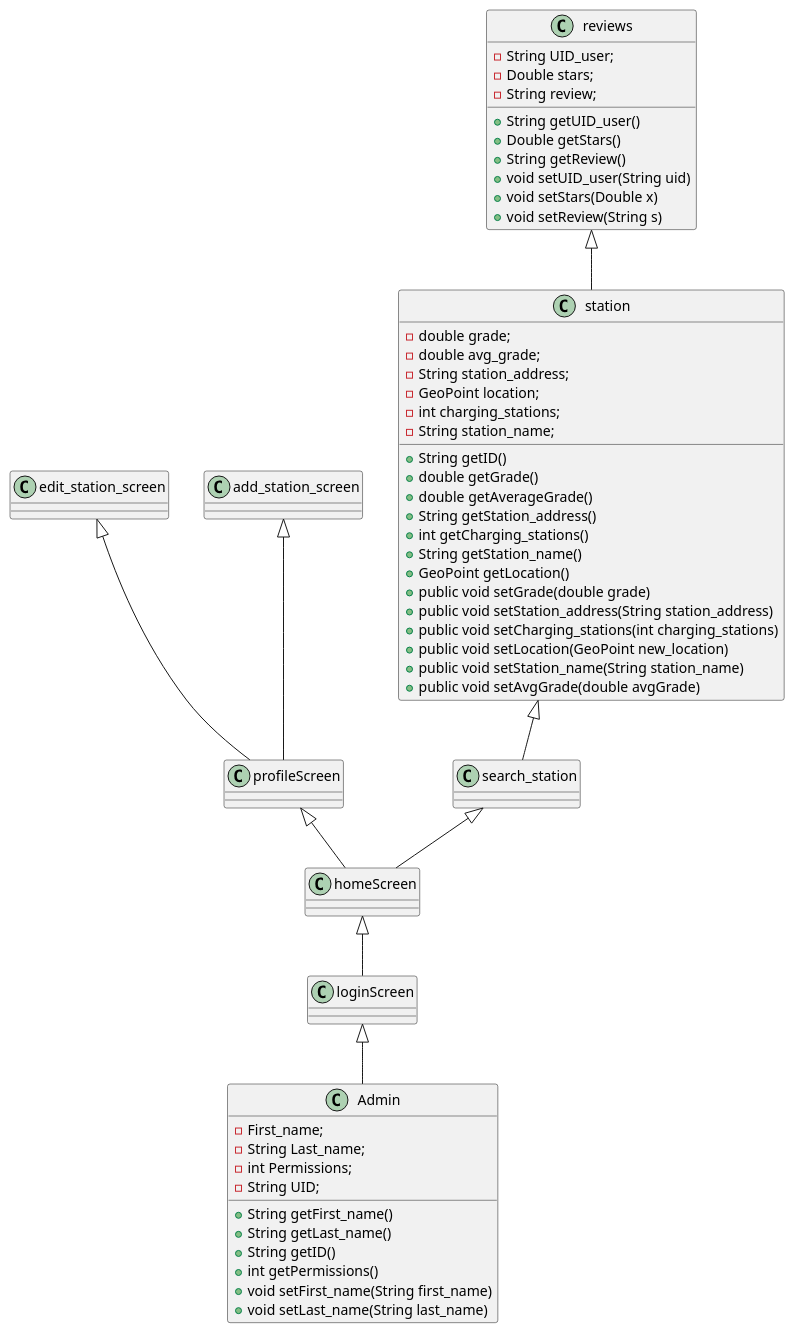
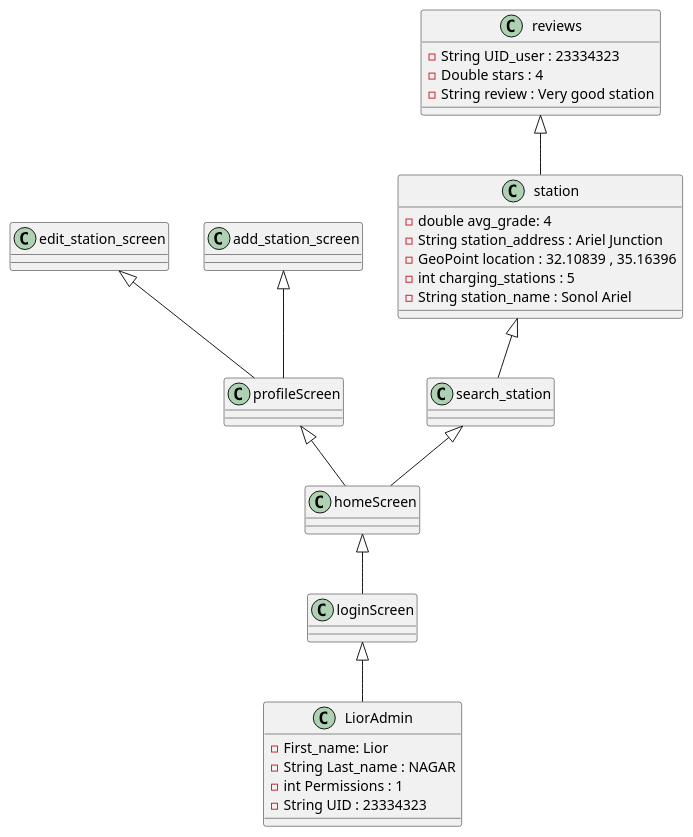
One commit to 20shaked20/EV-SC changed the diagram in app/src/androidTest/java/good_uml/obj_diagram_admin.puml. Above: the diagram before and after it, drawn with PlantUML. The commit also changed 1 other file, not shown here.

```diff
--- a/app/src/androidTest/java/good_uml/obj_diagram_admin.puml
+++ b/app/src/androidTest/java/good_uml/obj_diagram_admin.puml
@@ -1,80 +1,57 @@
 @startuml
 'https://plantuml.com/class-diagram
 
-class Admin {
--First_name;
--String Last_name;
--int Permissions;
--String UID;
-+ String getFirst_name()
-+ String getLast_name()
-+ String getID()
-+ int getPermissions()
-+void setFirst_name(String first_name)
-+void setLast_name(String last_name)
+class LiorAdmin {
+-First_name: Lior
+-String Last_name : NAGAR
+-int Permissions : 1
+-String UID : 23334323
+
 }
 
 class loginScreen {
 }
 
 class homeScreen {
 }
 
 class profileScreen {
 }
 
 
 class edit_station_screen {
 }
 
 class add_station_screen {
 }
 
 class search_station {
 }
 class station {
-- double grade;
--double avg_grade;
--String station_address;
--GeoPoint location;
--int charging_stations;
--String station_name;
-+ String getID()
-+ double getGrade()
-+ double getAverageGrade()
-+ String getStation_address()
-+ int getCharging_stations()
-+ String getStation_name()
-+ GeoPoint getLocation()
-+ public void setGrade(double grade)
-+ public void setStation_address(String station_address)
-+ public void setCharging_stations(int charging_stations)
-+ public void setLocation(GeoPoint new_location)
-+ public void setStation_name(String station_name)
-+ public void setAvgGrade(double avgGrade)
+-double avg_grade: 4
+-String station_address : Ariel Junction
+-GeoPoint location : 32.10839 , 35.16396
+-int charging_stations : 5
+-String station_name : Sonol Ariel
+
 
 }
 
 class reviews {
- - String UID_user;
-   - Double stars;
-   - String review;
+ - String UID_user : 23334323
+   - Double stars : 4
+   - String review : Very good station
 
-+ String getUID_user()
-+ Double getStars()
-+ String getReview()
-+ void setUID_user(String uid)
-+ void setStars(Double x)
-+ void setReview(String s)
+
 
 }
 
-loginScreen <|-- Admin
+loginScreen <|-- LiorAdmin
 homeScreen <|-- loginScreen
 profileScreen <|-- homeScreen
 search_station <|-- homeScreen
 station <|-- search_station
 reviews <|-- station
 add_station_screen <|-- profileScreen
 edit_station_screen <|-- profileScreen
 @enduml
```
